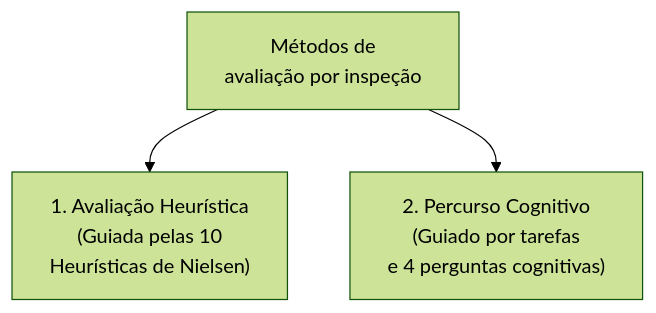
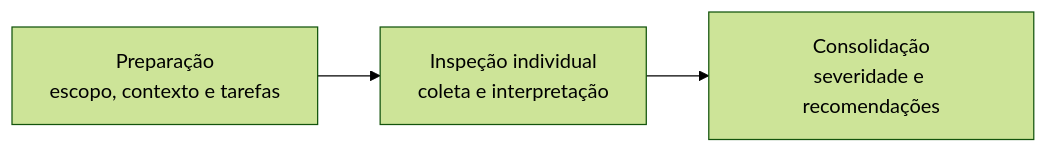
One commit to leorruas/puc changed the diagram in 08. Design de Interacao/20. Avaliação por inspeção - avaliação heurística e percurso cognitivo.md. Above: the diagram before and after it, drawn with Mermaid (forest theme). The commit also changed other lines of this file, not shown here.

Commit message:
Normaliza visualizações de avaliação por inspeção

````diff
--- a/08. Design de Interacao/20. Avaliação por inspeção - avaliação heurística e percurso cognitivo.md
+++ b/08. Design de Interacao/20. Avaliação por inspeção - avaliação heurística e percurso cognitivo.md
@@ -37,5 +95,9 @@
 ```mermaid
-flowchart TD
-    Inspecao["Métodos de<br>avaliação por inspeção"] --> AH["1. Avaliação Heurística<br>(Guiada pelas 10<br>Heurísticas de Nielsen)"]
-    Inspecao --> PC["2. Percurso Cognitivo<br>(Guiado por tarefas<br>e 4 perguntas cognitivas)"]
+flowchart LR
+    Preparacao["Preparação<br>escopo, contexto e tarefas"]:::external
+    Inspecao["Inspeção individual<br>coleta e interpretação"]:::core
+    Consolidacao["Consolidação<br>severidade e recomendações"]:::data
+
+    Preparacao --> Inspecao
+    Inspecao --> Consolidacao
 ```
````
